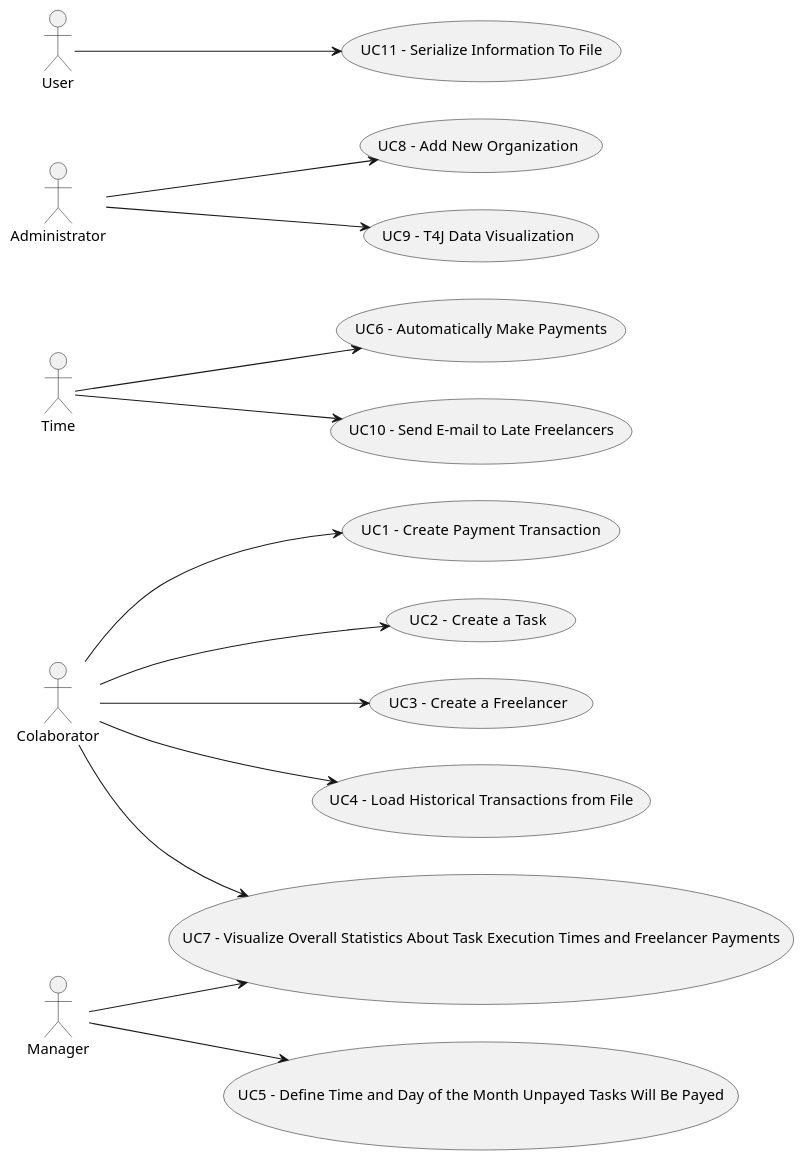
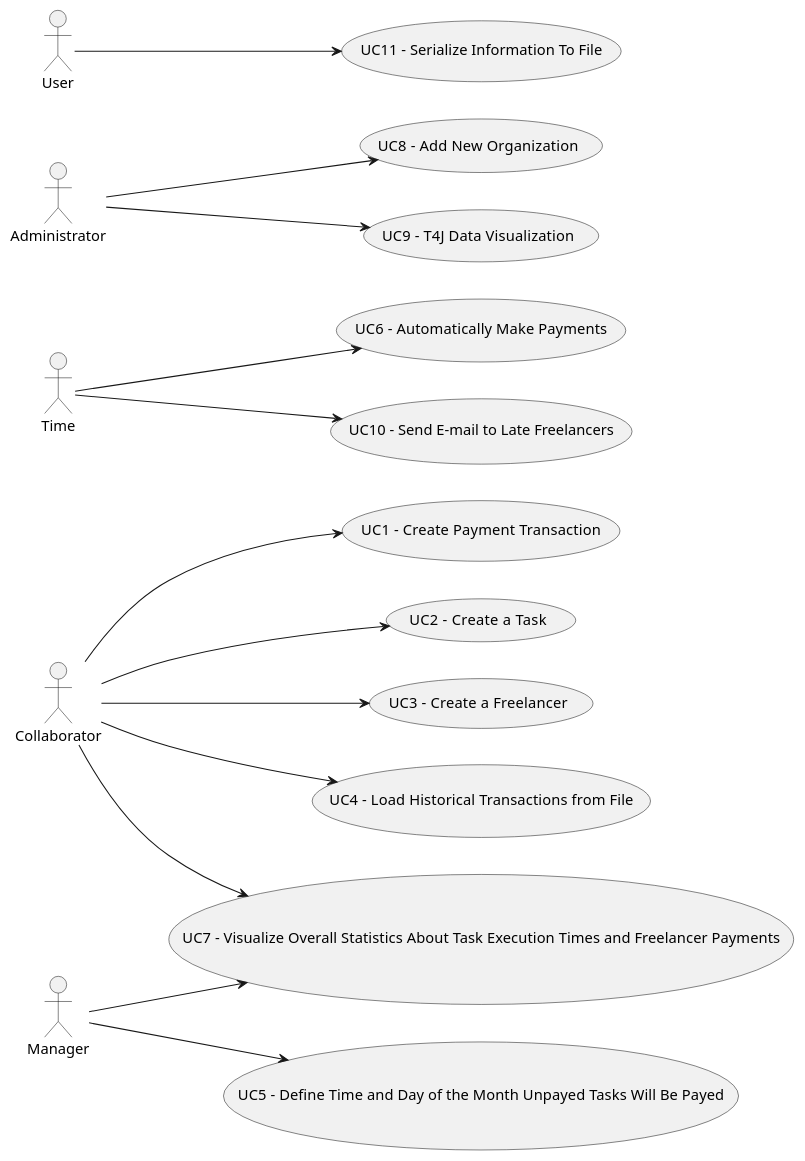
Before and after one commit to botelho-io/lapr2-2020-g029: the diagram in docs/DUC/DUC.puml, drawn with PlantUML. The commit also changed 21 other files, not shown here.

```diff
--- a/docs/DUC/DUC.puml
+++ b/docs/DUC/DUC.puml
@@ -1,42 +1,42 @@
 @startuml DUC
 
 usecase UC1  as "UC1  - Create Payment Transaction"
 usecase UC2  as "UC2  - Create a Task"
 usecase UC3  as "UC3  - Create a Freelancer"
 usecase UC4  as "UC4  - Load Historical Transactions from File"
 usecase UC5  as "UC5  - Define Time and Day of the Month Unpayed Tasks Will Be Payed"
 usecase UC6  as "UC6  - Automatically Make Payments"
 usecase UC7  as "UC7  - Visualize Overall Statistics About Task Execution Times and Freelancer Payments"
 usecase UC8  as "UC8  - Add New Organization"
 usecase UC9  as "UC9  - T4J Data Visualization"
 usecase UC10 as "UC10 - Send E-mail to Late Freelancers"
 usecase UC11 as "UC11 - Serialize Information To File"
 
-actor Colaborator as C
+actor Collaborator as C
 actor Manager as M
 actor Administrator as A
 actor Time as T
 actor User as U
 
 left to right direction
 
 C --> (UC1)
 C --> (UC2)
 C --> (UC3)
 C --> (UC4)
 
 M --> (UC5)
 
 T --> (UC6)
 
 C --> (UC7)
 M --> (UC7)
 
 A --> (UC8)
 A --> (UC9)
 
 T --> (UC10)
 
 U --> (UC11)
 
 @enduml
```
